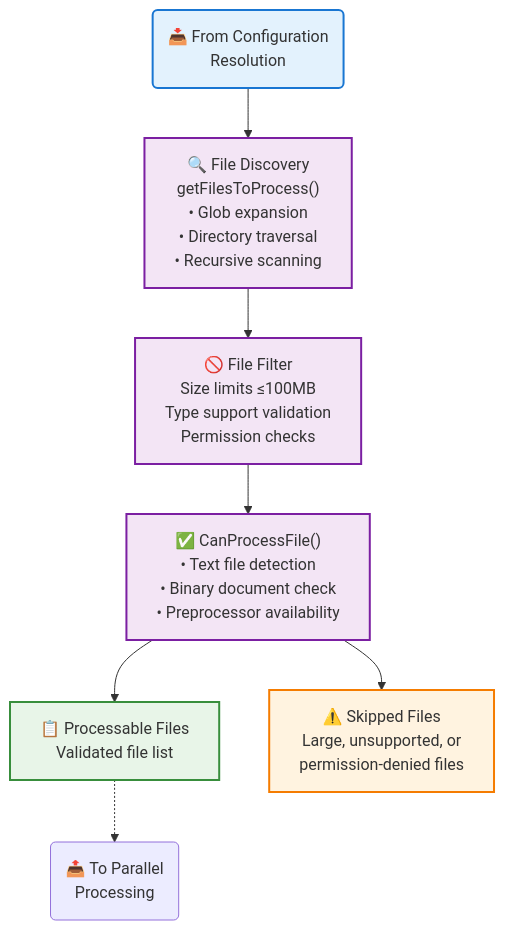
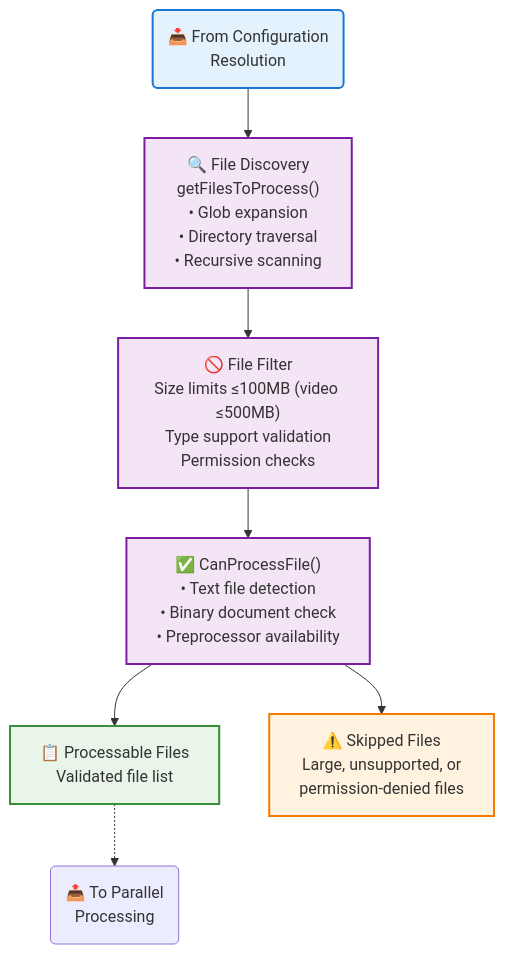
One commit to awslabs/ferret-scan changed the second of 8 diagrams in docs/architecture-diagram.md. Above: the diagram before and after it, drawn with Mermaid. The commit also changed other lines of this file and 16 other files, not shown here.

````diff
--- a/docs/architecture-diagram.md
+++ b/docs/architecture-diagram.md
@@ -82,37 +82,37 @@
 ```mermaid
 flowchart TD
     %% Input from previous stage
     ConfigInput("📥 From Configuration<br/>Resolution")
 
     %% Processing
     FileDiscovery["🔍 File Discovery<br/>getFilesToProcess()<br/>• Glob expansion<br/>• Directory traversal<br/>• Recursive scanning"]
 
-    FileFilter["🚫 File Filter<br/>Size limits ≤100MB<br/>Type support validation<br/>Permission checks"]
+    FileFilter["🚫 File Filter<br/>Size limits ≤100MB (video ≤500MB)<br/>Type support validation<br/>Permission checks"]
 
     CanProcessCheck["✅ CanProcessFile()<br/>• Text file detection<br/>• Binary document check<br/>• Preprocessor availability"]
 
     %% Output
     ProcessableFiles["📋 Processable Files<br/>Validated file list"]
     SkippedFiles["⚠️ Skipped Files<br/>Large, unsupported, or<br/>permission-denied files"]
 
     %% Flow
     ConfigInput --> FileDiscovery
     FileDiscovery --> FileFilter
     FileFilter --> CanProcessCheck
     CanProcessCheck --> ProcessableFiles
     CanProcessCheck --> SkippedFiles
 
     %% Output to next stage
     ProcessableFiles -.-> ParallelProcessing("📤 To Parallel<br/>Processing")
 
     %% Styling
     classDef input fill:#e3f2fd,stroke:#1976d2,stroke-width:2px
     classDef processing fill:#f3e5f5,stroke:#7b1fa2,stroke-width:2px
     classDef output fill:#e8f5e8,stroke:#388e3c,stroke-width:2px
     classDef warning fill:#fff3e0,stroke:#f57c00,stroke-width:2px
 
     class ConfigInput input
     class FileDiscovery,FileFilter,CanProcessCheck processing
     class ProcessableFiles output
     class SkippedFiles warning
 ```
````
